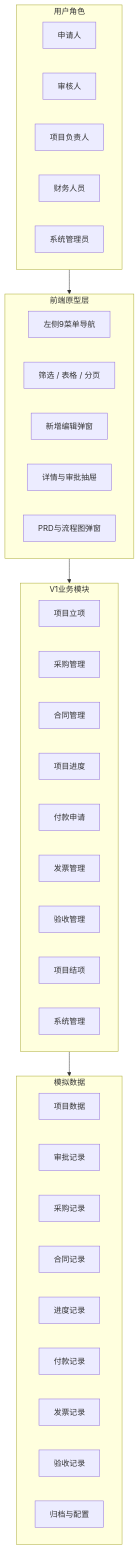
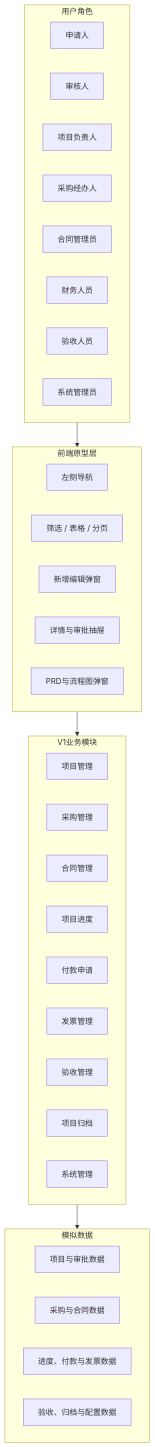
Before and after one commit to Jess-0411/github.io: the tenth of 10 diagrams in 业务流程与架构图.md, drawn with Mermaid. The commit also changed other lines of this file and 7 other files, not shown here.

````diff
--- a/业务流程与架构图.md
+++ b/业务流程与架构图.md
@@ -100,46 +208,44 @@
 ```mermaid
 flowchart TB
   subgraph U["用户角色"]
     U1["申请人"]
     U2["审核人"]
     U3["项目负责人"]
-    U4["财务人员"]
-    U5["系统管理员"]
+    U4["采购经办人"]
+    U5["合同管理员"]
+    U6["财务人员"]
+    U7["验收人员"]
+    U8["系统管理员"]
   end
 
   subgraph P["前端原型层"]
-    P1["左侧9菜单导航"]
+    P1["左侧导航"]
     P2["筛选 / 表格 / 分页"]
     P3["新增编辑弹窗"]
     P4["详情与审批抽屉"]
     P5["PRD与流程图弹窗"]
   end
 
   subgraph B["V1业务模块"]
-    B1["项目立项"]
+    B1["项目管理"]
     B2["采购管理"]
     B3["合同管理"]
     B4["项目进度"]
     B5["付款申请"]
     B6["发票管理"]
     B7["验收管理"]
-    B8["项目结项"]
+    B8["项目归档"]
     B9["系统管理"]
   end
 
   subgraph D["模拟数据"]
-    D1["项目数据"]
-    D2["审批记录"]
-    D3["采购记录"]
-    D4["合同记录"]
-    D5["进度记录"]
-    D6["付款记录"]
-    D7["发票记录"]
-    D8["验收记录"]
-    D9["归档与配置"]
+    D1["项目与审批数据"]
+    D2["采购与合同数据"]
+    D3["进度、付款与发票数据"]
+    D4["验收、归档与配置数据"]
   end
 
   U --> P
   P --> B
   B --> D
 ```
````
